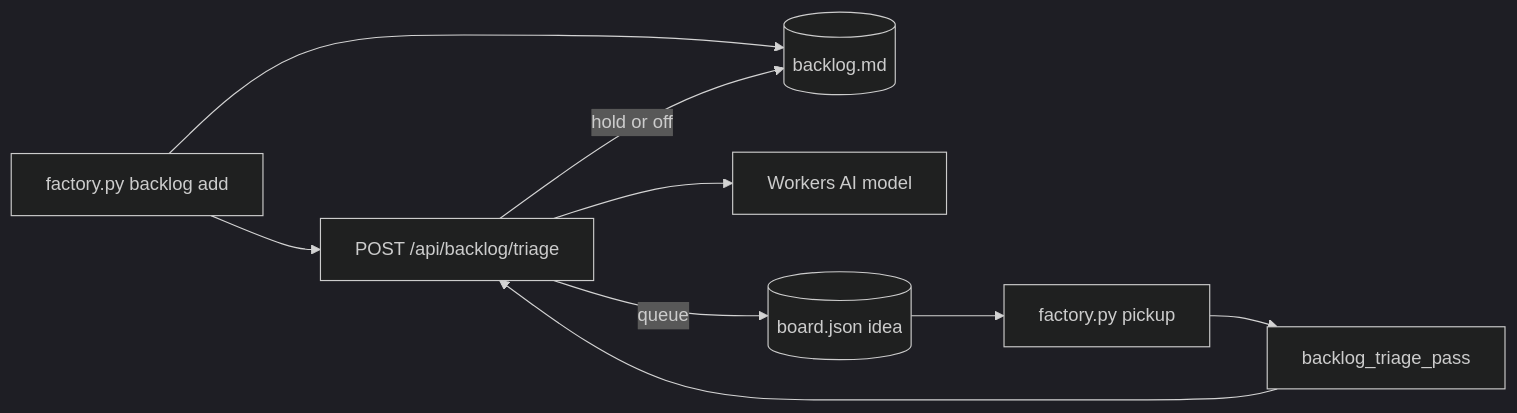
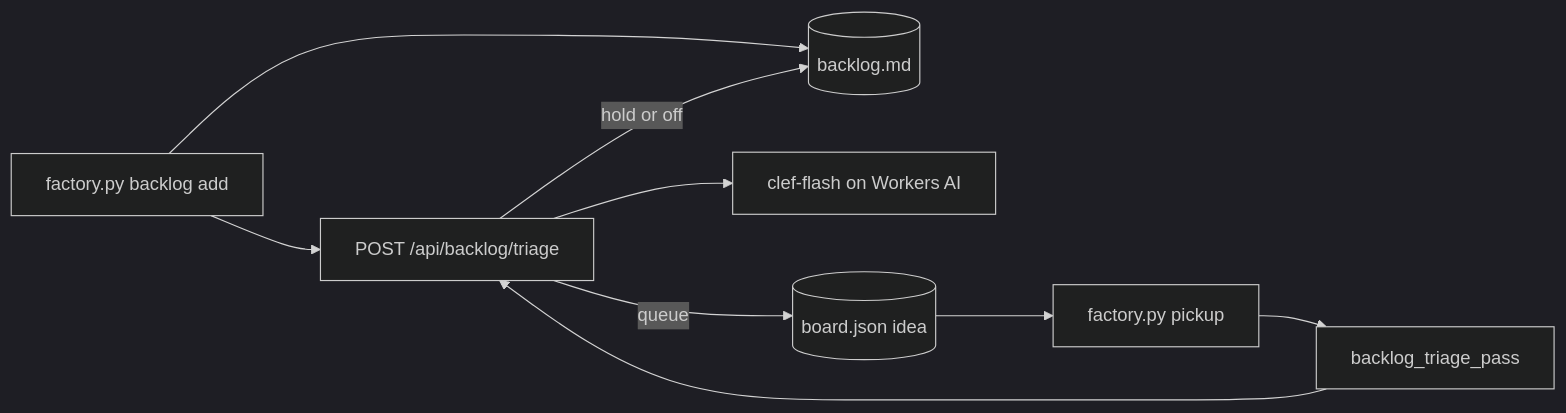
The fourth of 4 diagrams in docs/autonomy.md (superhussain/factory), drawn with Mermaid (dark theme) before and after one commit. The commit also changed other lines of this file, not shown here.

Commit message:
Document clef-flash triage, its noul question and measured cost

````diff
--- a/docs/autonomy.md
+++ b/docs/autonomy.md
@@ -169,11 +169,11 @@
 ```mermaid
 flowchart LR
   A[factory.py backlog add] --> B[(backlog.md)]
   A --> W[POST /api/backlog/triage]
-  W --> M[Workers AI model]
+  W --> M[clef-flash on Workers AI]
   W -->|queue| I[(board.json idea)]
   W -->|hold or off| B
   I --> P[factory.py pickup]
   P[factory.py pickup] --> S[backlog_triage_pass]
   S --> W
 ```
````
